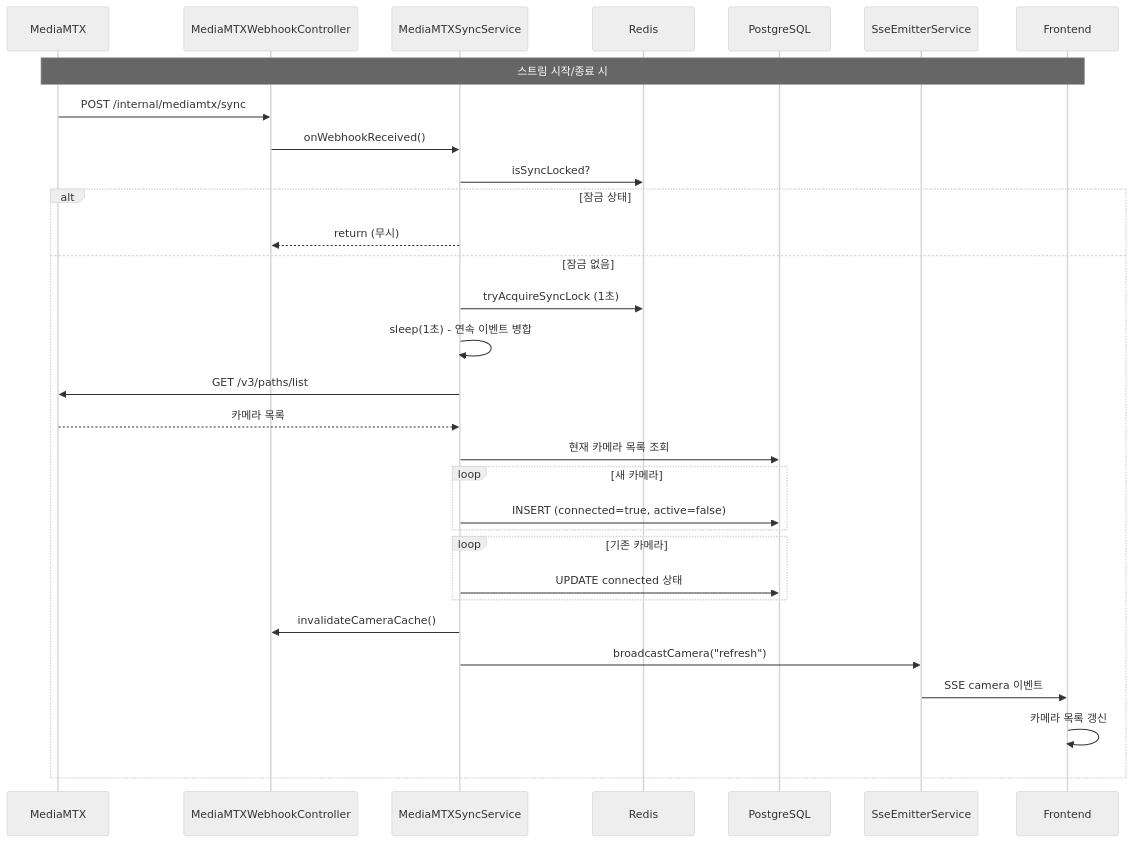
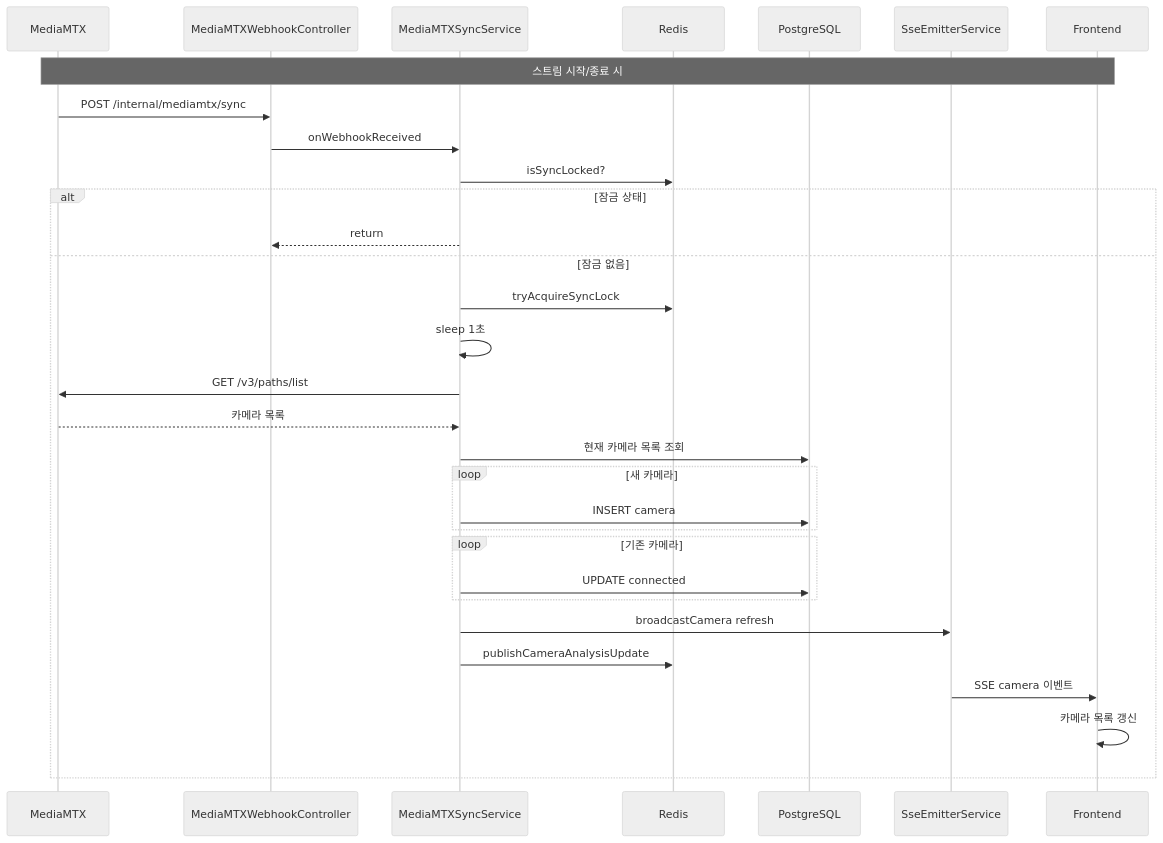
One commit to AIX-01/aegis-frontend changed the third of 6 diagrams in WORKFLOWS.md. Above: the diagram before and after it, drawn with Mermaid (neutral theme). The commit also changed other lines of this file, not shown here.

Commit message:
fix: WORKFLOWS.md mermaid 문법 에러 수정

````diff
--- a/WORKFLOWS.md
+++ b/WORKFLOWS.md
@@ -821,40 +821,40 @@
 ```mermaid
 sequenceDiagram
     participant MTX as MediaMTX
     participant WC as MediaMTXWebhookController
     participant Sync as MediaMTXSyncService
     participant R as Redis
     participant DB as PostgreSQL
     participant SSE as SseEmitterService
     participant F as Frontend
 
     Note over MTX,F: 스트림 시작/종료 시
     MTX->>WC: POST /internal/mediamtx/sync
-    WC->>Sync: onWebhookReceived()
+    WC->>Sync: onWebhookReceived
     
     Sync->>R: isSyncLocked?
     alt 잠금 상태
-        Sync-->>WC: return (무시)
+        Sync-->>WC: return
     else 잠금 없음
-        Sync->>R: tryAcquireSyncLock (1초)
-        Sync->>Sync: sleep(1초) - 연속 이벤트 병합
+        Sync->>R: tryAcquireSyncLock
+        Sync->>Sync: sleep 1초
         
         Sync->>MTX: GET /v3/paths/list
         MTX-->>Sync: 카메라 목록
         
         Sync->>DB: 현재 카메라 목록 조회
         
         loop 새 카메라
-            Sync->>DB: INSERT (connected=true, active=false)
+            Sync->>DB: INSERT camera
         end
         
         loop 기존 카메라
-            Sync->>DB: UPDATE connected 상태
+            Sync->>DB: UPDATE connected
         end
         
-        Sync->>WC: invalidateCameraCache()
-        Sync->>SSE: broadcastCamera("refresh")
+        Sync->>SSE: broadcastCamera refresh
+        Sync->>R: publishCameraAnalysisUpdate
         SSE->>F: SSE camera 이벤트
         F->>F: 카메라 목록 갱신
     end
 ```
````
